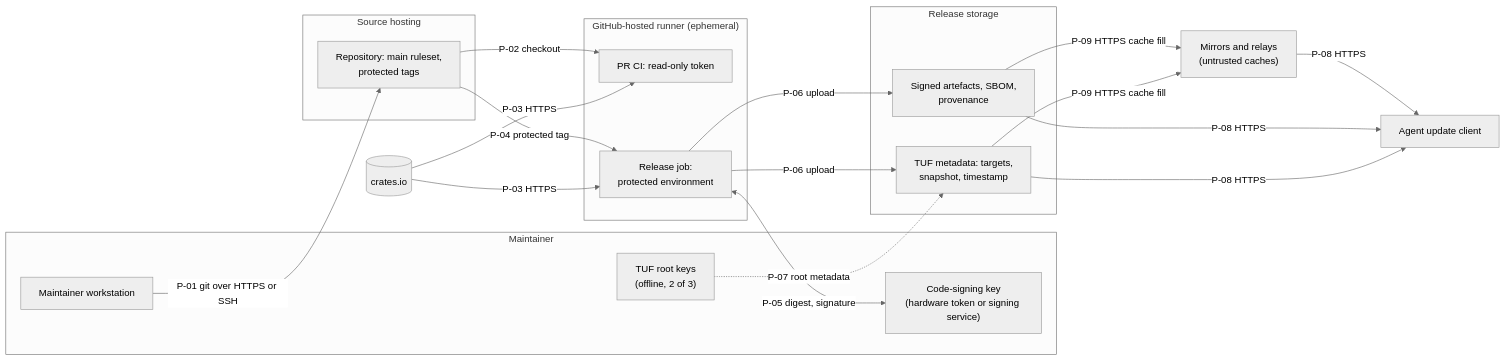
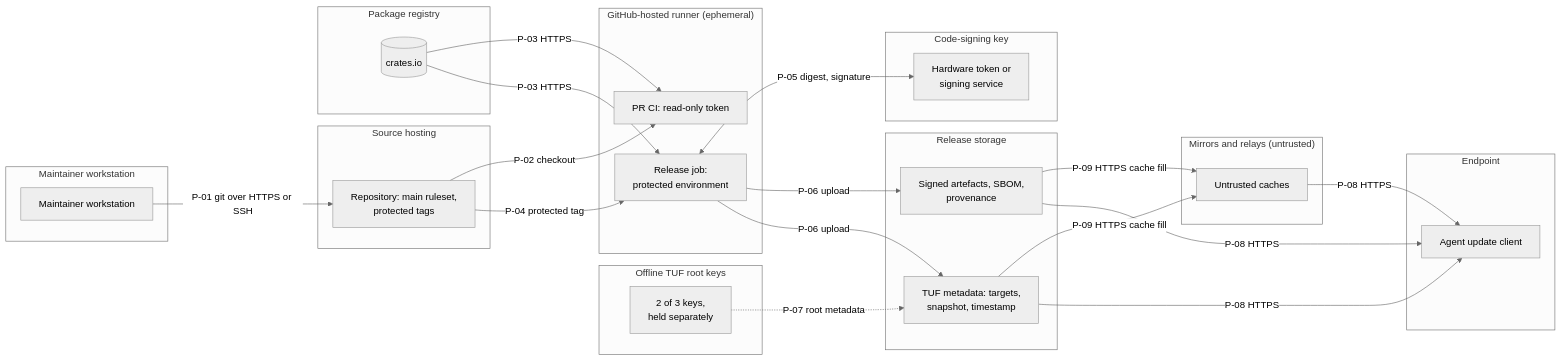
Before and after one commit to jusso-dev/palisade: the fourth of 6 diagrams in docs/security/threat-model.md, drawn with Mermaid (neutral theme). The commit also changed other lines of this file, not shown here.

````diff
--- a/docs/security/threat-model.md
+++ b/docs/security/threat-model.md
@@ -386,36 +398,46 @@
 ```mermaid
 flowchart LR
-  subgraph DEV["Maintainer"]
+  subgraph DEV["Maintainer workstation"]
     M["Maintainer workstation"]
-    TOK["Code-signing key<br/>(hardware token or signing service)"]
-    TUFROOT["TUF root keys<br/>(offline, 2 of 3)"]
+  end
+  subgraph SIGNZ["Code-signing key"]
+    TOK["Hardware token or<br/>signing service"]
+  end
+  subgraph ROOTZ["Offline TUF root keys"]
+    TUFROOT["2 of 3 keys,<br/>held separately"]
   end
   subgraph GH["Source hosting"]
     REPO["Repository: main ruleset,<br/>protected tags"]
   end
-  REG[("crates.io")]
+  subgraph REGZ["Package registry"]
+    REG[("crates.io")]
+  end
   subgraph RUN["GitHub-hosted runner (ephemeral)"]
     PR["PR CI: read-only token"]
     RELJOB["Release job:<br/>protected environment"]
   end
   subgraph STOREZ["Release storage"]
     ART["Signed artefacts, SBOM,<br/>provenance"]
     META["TUF metadata: targets,<br/>snapshot, timestamp"]
   end
-  MIR["Mirrors and relays<br/>(untrusted caches)"]
-  UPD["Agent update client"]
+  subgraph MIRZ["Mirrors and relays (untrusted)"]
+    MIR["Untrusted caches"]
+  end
+  subgraph EPZ["Endpoint"]
+    UPD["Agent update client"]
+  end
   M -->|"P-01 git over HTTPS or SSH"| REPO
   REPO -->|"P-02 checkout"| PR
   REG -->|"P-03 HTTPS"| PR
   REPO -->|"P-04 protected tag"| RELJOB
   REG -->|"P-03 HTTPS"| RELJOB
   RELJOB <-->|"P-05 digest, signature"| TOK
   RELJOB -->|"P-06 upload"| ART
   RELJOB -->|"P-06 upload"| META
   TUFROOT -.->|"P-07 root metadata"| META
   ART -->|"P-09 HTTPS cache fill"| MIR
   META -->|"P-09 HTTPS cache fill"| MIR
   MIR -->|"P-08 HTTPS"| UPD
   ART -->|"P-08 HTTPS"| UPD
   META -->|"P-08 HTTPS"| UPD
 ```
````
